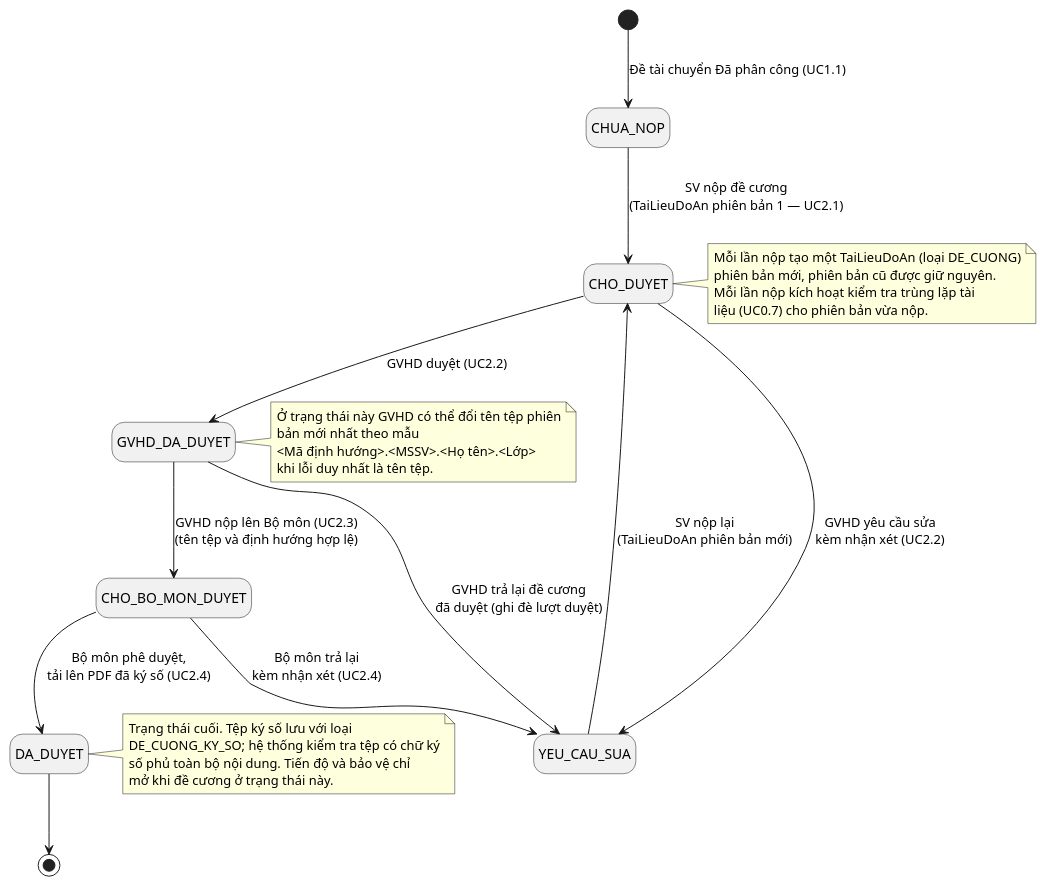
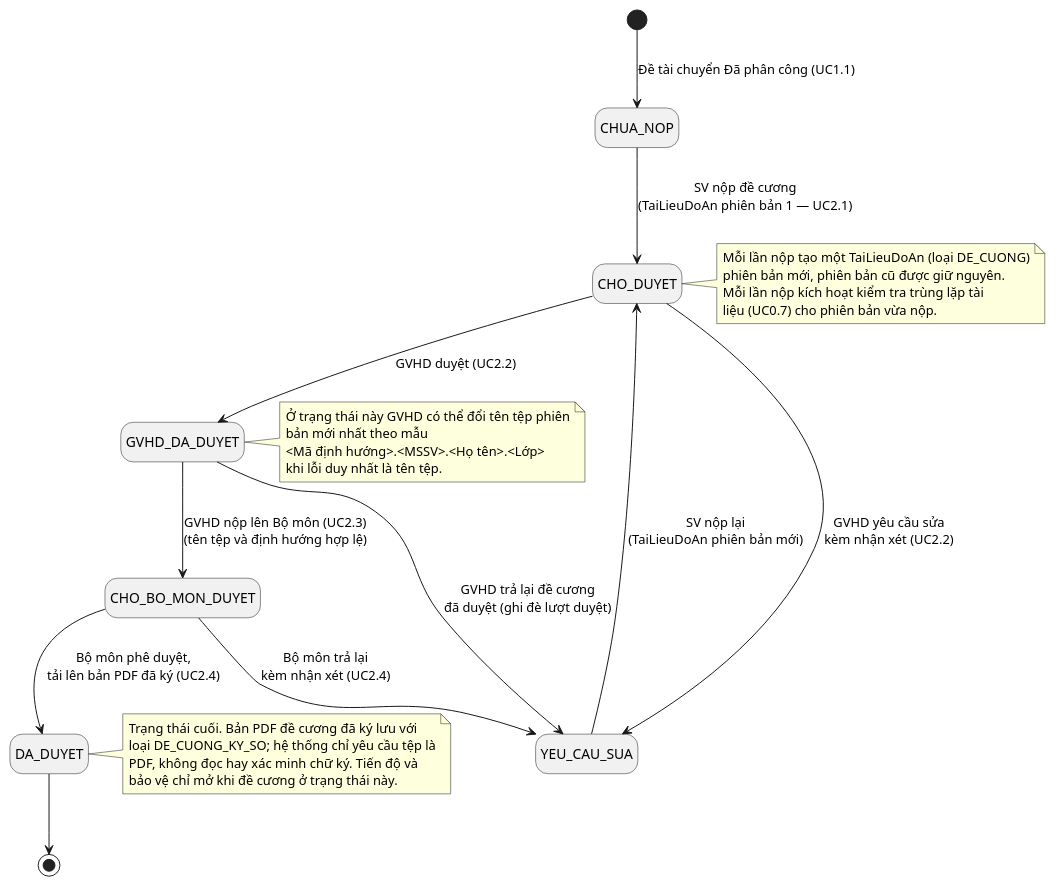
The diagram in docs/chuong-3-thiet-ke/so-do-lop/trang-thai-de-cuong.puml (dtc235200036-alt/ICTU-DATN-NguyenThiMaiAnh), drawn with PlantUML before and after one commit. The commit also changed 81 other files, not shown here.

First line of the commit message:
feat: bỏ kiểm tra chữ ký số, thêm file PDF mô tả định hướng, ngưỡng tài liệu 25%

```diff
--- a/docs/chuong-3-thiet-ke/so-do-lop/trang-thai-de-cuong.puml
+++ b/docs/chuong-3-thiet-ke/so-do-lop/trang-thai-de-cuong.puml
@@ -1,42 +1,42 @@
 @startuml trang-thai-de-cuong
 hide empty description
 
 [*] --> CHUA_NOP : Đề tài chuyển Đã phân công (UC1.1)
 
 CHUA_NOP --> CHO_DUYET : SV nộp đề cương\n(TaiLieuDoAn phiên bản 1 — UC2.1)
 
 CHO_DUYET --> GVHD_DA_DUYET : GVHD duyệt (UC2.2)
 CHO_DUYET --> YEU_CAU_SUA : GVHD yêu cầu sửa\nkèm nhận xét (UC2.2)
 
 GVHD_DA_DUYET --> YEU_CAU_SUA : GVHD trả lại đề cương\nđã duyệt (ghi đè lượt duyệt)
 GVHD_DA_DUYET --> CHO_BO_MON_DUYET : GVHD nộp lên Bộ môn (UC2.3)\n(tên tệp và định hướng hợp lệ)
 
-CHO_BO_MON_DUYET --> DA_DUYET : Bộ môn phê duyệt,\ntải lên PDF đã ký số (UC2.4)
+CHO_BO_MON_DUYET --> DA_DUYET : Bộ môn phê duyệt,\ntải lên bản PDF đã ký (UC2.4)
 CHO_BO_MON_DUYET --> YEU_CAU_SUA : Bộ môn trả lại\nkèm nhận xét (UC2.4)
 
 YEU_CAU_SUA --> CHO_DUYET : SV nộp lại\n(TaiLieuDoAn phiên bản mới)
 
 DA_DUYET --> [*]
 
 note right of CHO_DUYET
   Mỗi lần nộp tạo một TaiLieuDoAn (loại DE_CUONG)
   phiên bản mới, phiên bản cũ được giữ nguyên.
   Mỗi lần nộp kích hoạt kiểm tra trùng lặp tài
   liệu (UC0.7) cho phiên bản vừa nộp.
 end note
 
 note right of GVHD_DA_DUYET
   Ở trạng thái này GVHD có thể đổi tên tệp phiên
   bản mới nhất theo mẫu
   <Mã định hướng>.<MSSV>.<Họ tên>.<Lớp>
   khi lỗi duy nhất là tên tệp.
 end note
 
 note right of DA_DUYET
-  Trạng thái cuối. Tệp ký số lưu với loại
-  DE_CUONG_KY_SO; hệ thống kiểm tra tệp có chữ ký
-  số phủ toàn bộ nội dung. Tiến độ và bảo vệ chỉ
-  mở khi đề cương ở trạng thái này.
+  Trạng thái cuối. Bản PDF đề cương đã ký lưu với
+  loại DE_CUONG_KY_SO; hệ thống chỉ yêu cầu tệp là
+  PDF, không đọc hay xác minh chữ ký. Tiến độ và
+  bảo vệ chỉ mở khi đề cương ở trạng thái này.
 end note
 
 @enduml
```
